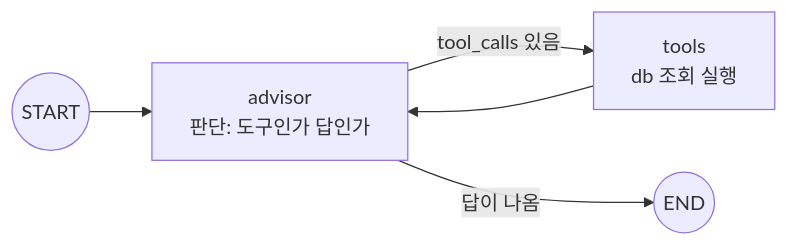
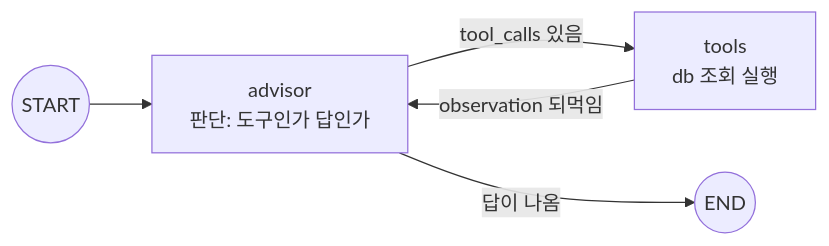
One commit to 2026-ai-agents/2026-ai-agents changed the fourth of 7 diagrams in site/src/content/courses/ko/day-02-session-02/index.mdx. Above: the diagram before and after it, drawn with Mermaid. The commit also changed other lines of this file and 1 other file, not shown here.

First line of the commit message:
Deepen the diet-agent lesson with structure diagrams and more code

````diff
--- a/site/src/content/courses/ko/day-02-session-02/index.mdx
+++ b/site/src/content/courses/ko/day-02-session-02/index.mdx
@@ -46,7 +220,7 @@
 ```mermaid
 flowchart LR
     S(("START")) --> A["advisor<br/>판단: 도구인가 답인가"]
     A -->|"tool_calls 있음"| T["tools<br/>db 조회 실행"]
-    T --> A
+    T -->|"observation 되먹임"| A
     A -->|"답이 나옴"| E(("END"))
 ```
````
